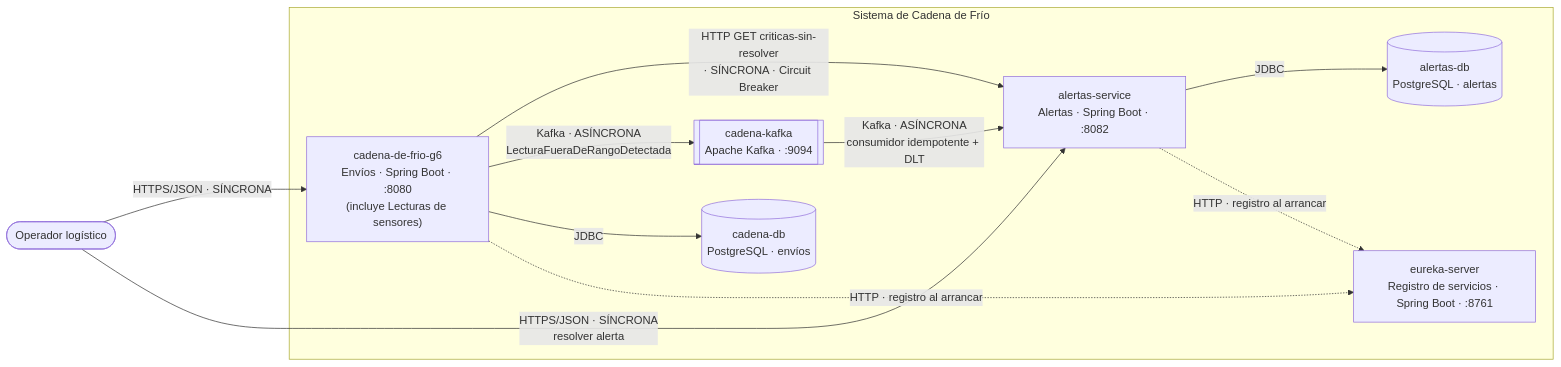
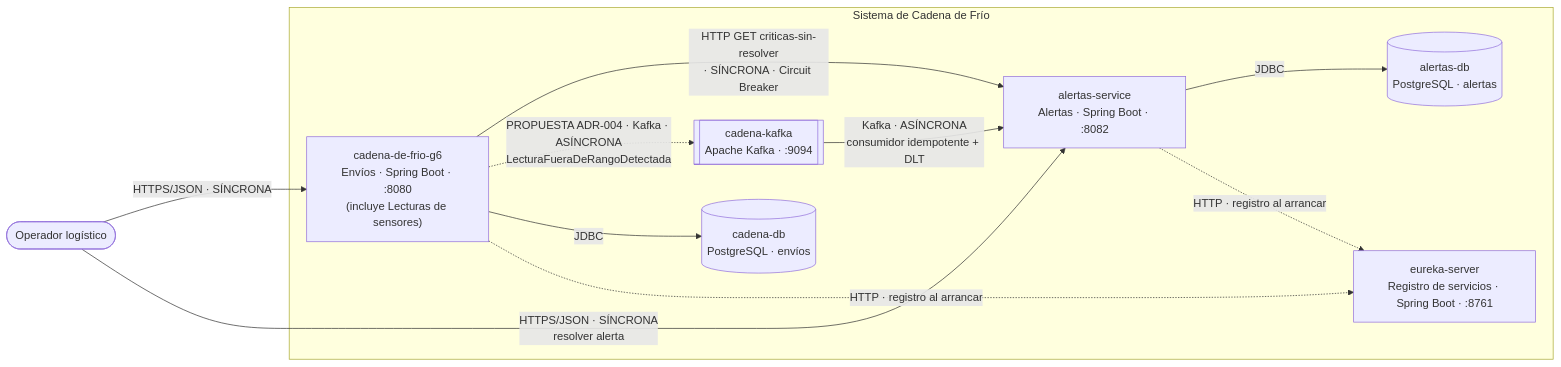
Before and after one commit to dazasantiago/Proyecto-SWII_Cadena-de-Frio: the diagram in Docs/ARQUITECTURA.md, drawn with Mermaid. The commit also changed other lines of this file and 1 other file, not shown here.

Commit message:
docs: demo que cruza Envios y Alertas; marcar como propuesta lo no implementado (ADR-004)

````diff
--- a/Docs/ARQUITECTURA.md
+++ b/Docs/ARQUITECTURA.md
@@ -59,23 +61,23 @@
 ```mermaid
 flowchart LR
     operador([Operador logístico])
 
     subgraph sistema [Sistema de Cadena de Frío]
         envios["cadena-de-frio-g6<br/>Envíos · Spring Boot · :8080<br/>(incluye Lecturas de sensores)"]
         alertas["alertas-service<br/>Alertas · Spring Boot · :8082"]
         eureka["eureka-server<br/>Registro de servicios · Spring Boot · :8761"]
         kafka[["cadena-kafka<br/>Apache Kafka · :9094"]]
         dbEnvios[("cadena-db<br/>PostgreSQL · envíos")]
         dbAlertas[("alertas-db<br/>PostgreSQL · alertas")]
     end
 
     operador -- "HTTPS/JSON · SÍNCRONA" --> envios
     operador -- "HTTPS/JSON · SÍNCRONA<br/>resolver alerta" --> alertas
     envios -- "HTTP GET criticas-sin-resolver<br/>· SÍNCRONA · Circuit Breaker" --> alertas
-    envios -- "Kafka · ASÍNCRONA<br/>LecturaFueraDeRangoDetectada" --> kafka
+    envios -.->|"PROPUESTA ADR-004 · Kafka · ASÍNCRONA<br/>LecturaFueraDeRangoDetectada"| kafka
     kafka -- "Kafka · ASÍNCRONA<br/>consumidor idempotente + DLT" --> alertas
     envios -- "JDBC" --> dbEnvios
     alertas -- "JDBC" --> dbAlertas
     envios -.->|"HTTP · registro al arrancar"| eureka
     alertas -.->|"HTTP · registro al arrancar"| eureka
 ```
````
